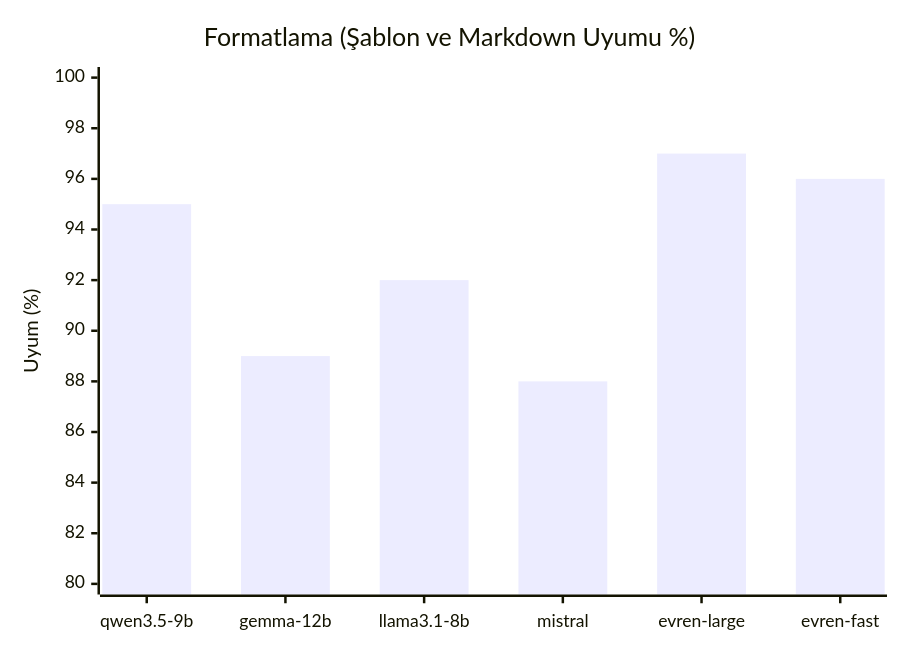
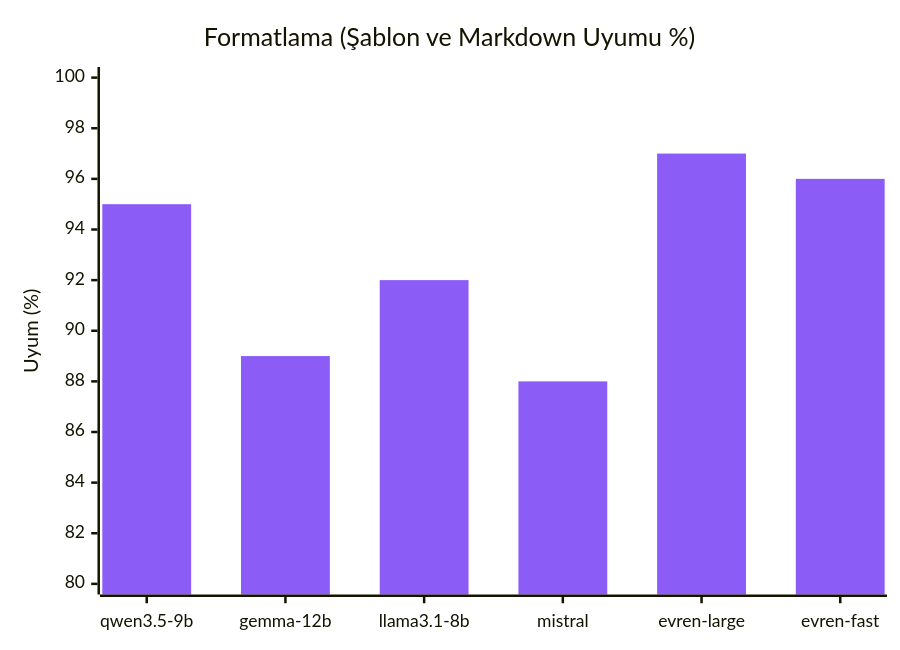
Before and after one commit to chyp3r/KACHOW-Teknofest-2026: diagram 14 of 16 in README.md, drawn with Mermaid. The commit also changed other lines of this file, not shown here.

````diff
--- a/README.md
+++ b/README.md
@@ -580,7 +647,8 @@
 ```mermaid
+%%{init: { 'theme': 'base', 'themeVariables': { 'xyChart': {'plotColorPalette': '#8b5cf6'} } } }%%
 xychart-beta
     title "Formatlama (Şablon ve Markdown Uyumu %)"
     x-axis ["qwen3.5-9b", "gemma-12b", "llama3.1-8b", "mistral", "evren-large", "evren-fast"]
     y-axis "Uyum (%)" 80 --> 100
     bar [95, 89, 92, 88, 97, 96]
 ```
````
